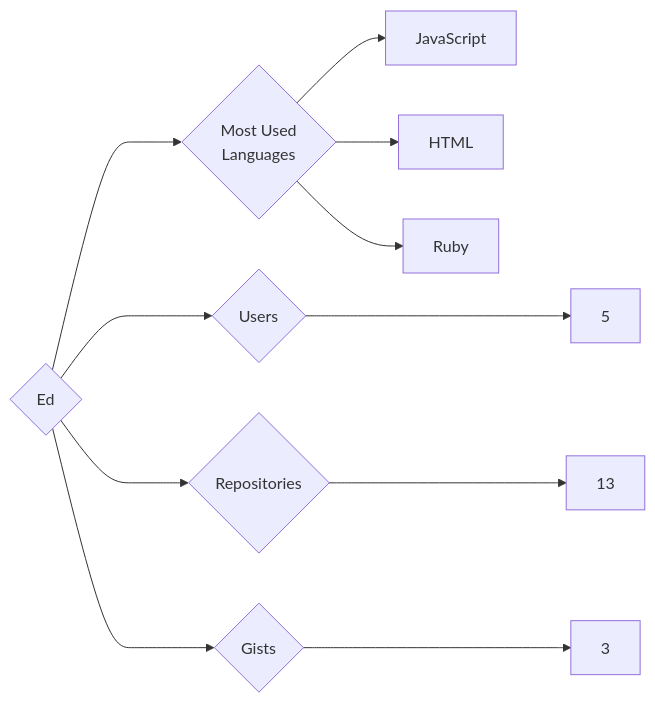
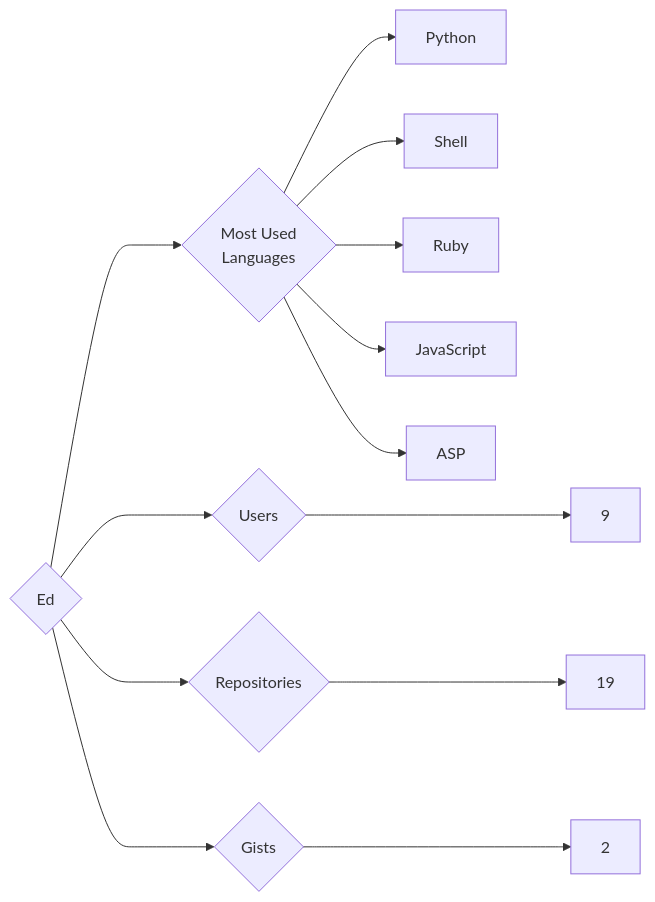
The diagram in targets/Ed/README.md (trickest/insiders), drawn with Mermaid before and after one commit. The commit also changed 1141 other files, not shown here.

````diff
--- a/targets/Ed/README.md
+++ b/targets/Ed/README.md
@@ -3,11 +3,13 @@
 ```mermaid
 graph LR
 COMPANY_NAME{Ed}
-COMPANY_NAME ---> U{Users} ---> UN[5]
-COMPANY_NAME ---> R{Repositories} ---> RN[13]
-COMPANY_NAME ---> G{Gists} ---> GN[3]
+COMPANY_NAME ---> U{Users} ---> UN[9]
+COMPANY_NAME ---> R{Repositories} ---> RN[19]
+COMPANY_NAME ---> G{Gists} ---> GN[2]
 COMPANY_NAME ---> ML{Most Used<br>Languages}
+ML --> Python[Python]
+ML --> Shell[Shell]
+ML --> Ruby[Ruby]
 ML --> JavaScript[JavaScript]
-ML --> HTML[HTML]
-ML --> Ruby[Ruby]
+ML --> ASP[ASP]
 ```
````
